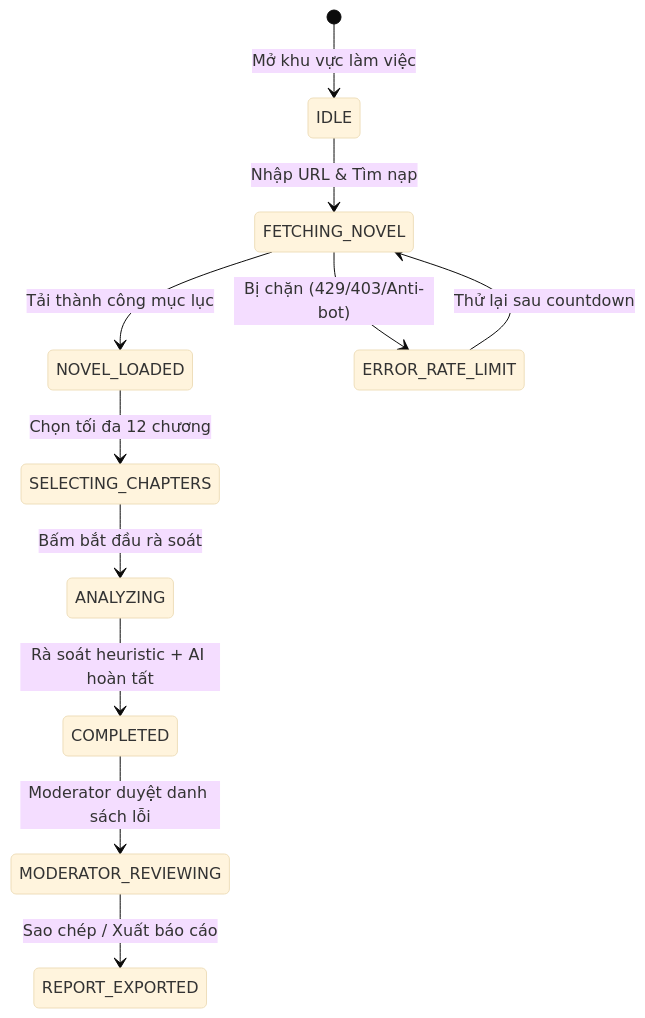
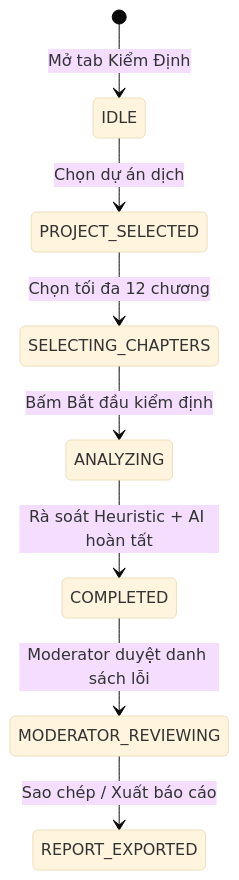
One commit to caoduongle/API_dich_truyen changed the diagram in specs/075-moderator-quality-checker/data-model.md. Above: the diagram before and after it, drawn with Mermaid (base theme). The commit also changed other lines of this file and 25 other files, not shown here.

````diff
--- a/specs/075-moderator-quality-checker/data-model.md
+++ b/specs/075-moderator-quality-checker/data-model.md
@@ -135,13 +120,10 @@
 ```mermaid
 stateDiagram-v2
-  [*] --> IDLE: Mở khu vực làm việc
-  IDLE --> FETCHING_NOVEL: Nhập URL & Tìm nạp
-  FETCHING_NOVEL --> NOVEL_LOADED: Tải thành công mục lục
-  FETCHING_NOVEL --> ERROR_RATE_LIMIT: Bị chặn (429/403/Anti-bot)
-  ERROR_RATE_LIMIT --> FETCHING_NOVEL: Thử lại sau countdown
-  NOVEL_LOADED --> SELECTING_CHAPTERS: Chọn tối đa 12 chương
-  SELECTING_CHAPTERS --> ANALYZING: Bấm bắt đầu rà soát
-  ANALYZING --> COMPLETED: Rà soát heuristic + AI hoàn tất
+  [*] --> IDLE: Mở tab Kiểm Định
+  IDLE --> PROJECT_SELECTED: Chọn dự án dịch
+  PROJECT_SELECTED --> SELECTING_CHAPTERS: Chọn tối đa 12 chương
+  SELECTING_CHAPTERS --> ANALYZING: Bấm Bắt đầu kiểm định
+  ANALYZING --> COMPLETED: Rà soát Heuristic + AI hoàn tất
   COMPLETED --> MODERATOR_REVIEWING: Moderator duyệt danh sách lỗi
   MODERATOR_REVIEWING --> REPORT_EXPORTED: Sao chép / Xuất báo cáo
 ```
````
